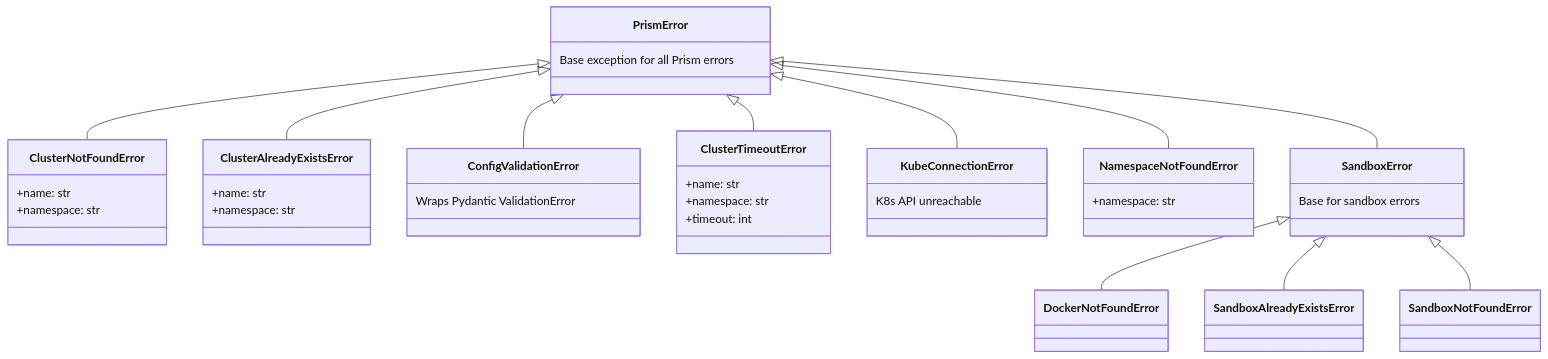
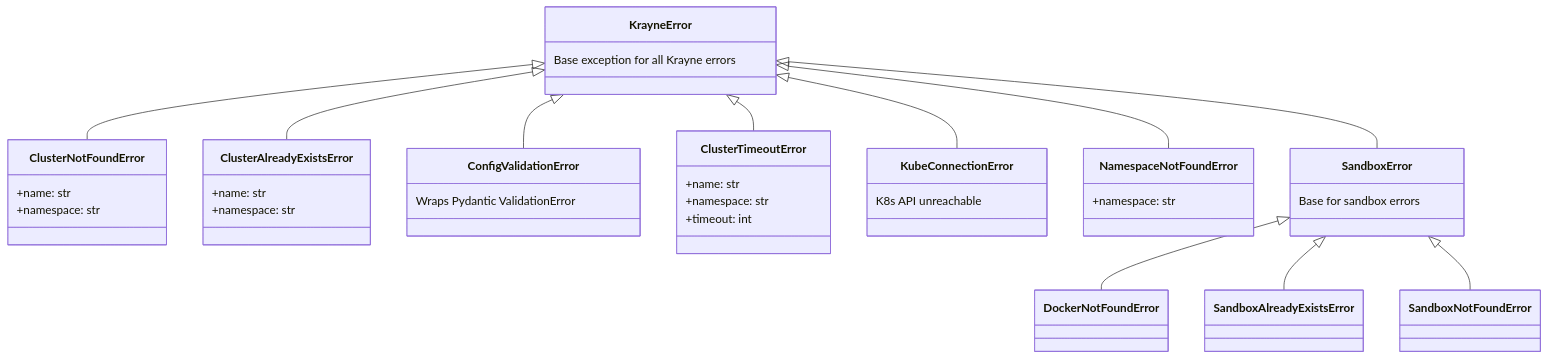
Before and after one commit to roulbac/krayne: the diagram in docs/reference/errors.md, drawn with Mermaid. The commit also changed other lines of this file and 51 other files, not shown here.

First line of the commit message:
Rename project from Prism to Krayne

````diff
--- a/docs/reference/errors.md
+++ b/docs/reference/errors.md
@@ -19,45 +19,45 @@
 ```mermaid
 classDiagram
-  class PrismError {
-    Base exception for all Prism errors
+  class KrayneError {
+    Base exception for all Krayne errors
   }
   class ClusterNotFoundError {
     +name: str
     +namespace: str
   }
   class ClusterAlreadyExistsError {
     +name: str
     +namespace: str
   }
   class ConfigValidationError {
     Wraps Pydantic ValidationError
   }
   class ClusterTimeoutError {
     +name: str
     +namespace: str
     +timeout: int
   }
   class KubeConnectionError {
     K8s API unreachable
   }
   class NamespaceNotFoundError {
     +namespace: str
   }
   class SandboxError {
     Base for sandbox errors
   }
   class DockerNotFoundError
   class SandboxAlreadyExistsError
   class SandboxNotFoundError
 
-  PrismError <|-- ClusterNotFoundError
-  PrismError <|-- ClusterAlreadyExistsError
-  PrismError <|-- ConfigValidationError
-  PrismError <|-- ClusterTimeoutError
-  PrismError <|-- KubeConnectionError
-  PrismError <|-- NamespaceNotFoundError
-  PrismError <|-- SandboxError
+  KrayneError <|-- ClusterNotFoundError
+  KrayneError <|-- ClusterAlreadyExistsError
+  KrayneError <|-- ConfigValidationError
+  KrayneError <|-- ClusterTimeoutError
+  KrayneError <|-- KubeConnectionError
+  KrayneError <|-- NamespaceNotFoundError
+  KrayneError <|-- SandboxError
   SandboxError <|-- DockerNotFoundError
   SandboxError <|-- SandboxAlreadyExistsError
   SandboxError <|-- SandboxNotFoundError
 ```
````
